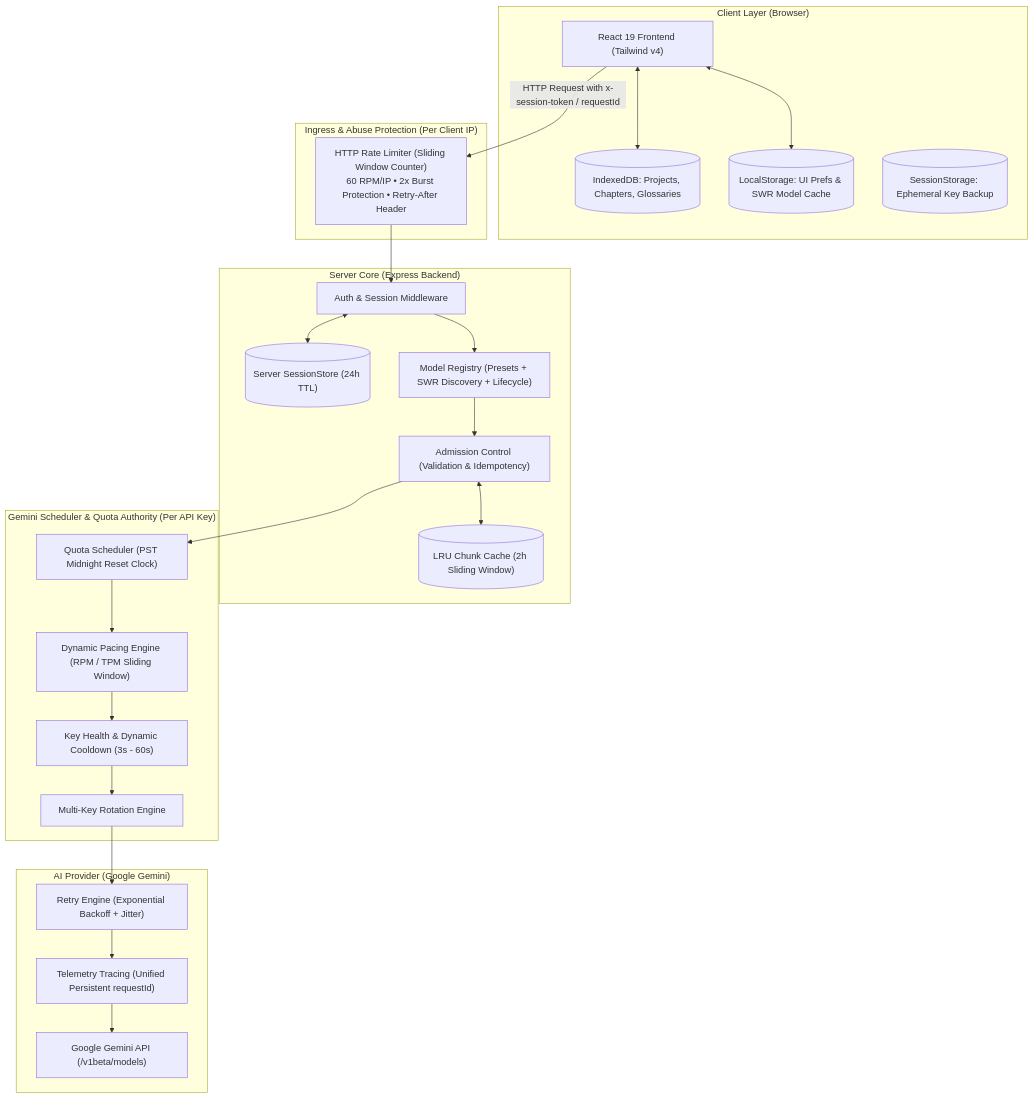
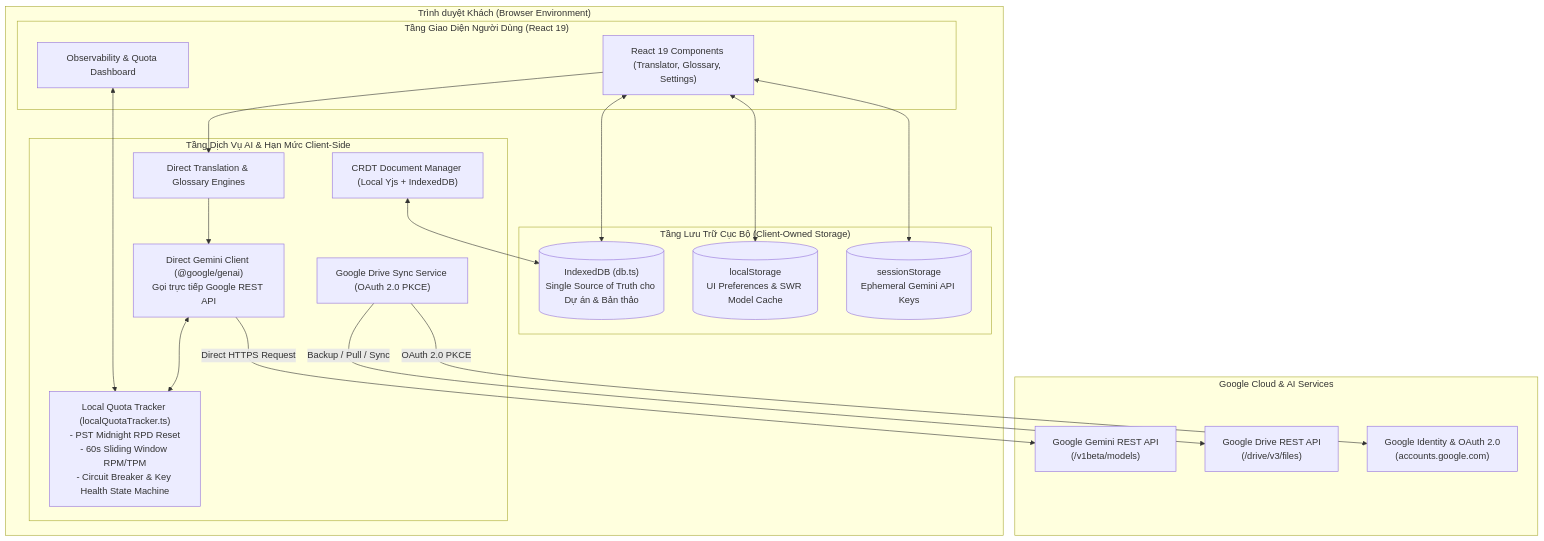
The diagram in docs/architecture.md (caoduongle/API_dich_truyen), drawn with Mermaid before and after one commit. The commit also changed other lines of this file and 35 other files, not shown here.

Commit message:
feat: implement zero-backend architecture with CRDT service, model discovery, quota tracking, and enhanced security headers

````diff
--- a/docs/architecture.md
+++ b/docs/architecture.md
@@ -15,50 +15,41 @@
 ```mermaid
 flowchart TD
-    subgraph ClientLayer ["Client Layer (Browser)"]
-        UI["React 19 Frontend (Tailwind v4)"]
-        IDB[("IndexedDB: Projects, Chapters, Glossaries")]
-        LocalCache[("LocalStorage: UI Prefs & SWR Model Cache")]
-        SessionClient[("SessionStorage: Ephemeral Key Backup")]
+    subgraph BrowserEnvironment ["Trình duyệt Khách (Browser Environment)"]
+        subgraph UI_Layer ["Tầng Giao Diện Người Dùng (React 19)"]
+            AppUI["React 19 Components (Translator, Glossary, Settings)"]
+            ObservabilityUI["Observability & Quota Dashboard"]
+        end
+
+        subgraph Storage_Layer ["Tầng Lưu Trữ Cục Bộ (Client-Owned Storage)"]
+            IDB[("IndexedDB (db.ts)\nSingle Source of Truth cho Dự án & Bản thảo")]
+            LocalPrefs[("localStorage\nUI Preferences & SWR Model Cache")]
+            SessionKeys[("sessionStorage\nEphemeral Gemini API Keys")]
+        end
+
+        subgraph Client_Services ["Tầng Dịch Vụ AI & Hạn Mức Client-Side"]
+            DirectGeminiClient["Direct Gemini Client (@google/genai)\nGọi trực tiếp Google REST API"]
+            LocalQuotaTracker["Local Quota Tracker (localQuotaTracker.ts)\n- PST Midnight RPD Reset\n- 60s Sliding Window RPM/TPM\n- Circuit Breaker & Key Health State Machine"]
+            TranslationEngines["Direct Translation & Glossary Engines"]
+            DriveSync["Google Drive Sync Service (OAuth 2.0 PKCE)"]
+            CRDT["CRDT Document Manager (Local Yjs + IndexedDB)"]
+        end
     end
 
-    subgraph NetworkBoundary ["Ingress & Abuse Protection (Per Client IP)"]
-        HTTP_RL["HTTP Rate Limiter (Sliding Window Counter)\n60 RPM/IP • 2x Burst Protection • Retry-After Header"]
+    subgraph Google_Cloud ["Google Cloud & AI Services"]
+        GeminiAPI["Google Gemini REST API\n(/v1beta/models)"]
+        GoogleDriveAPI["Google Drive REST API\n(/drive/v3/files)"]
+        GoogleOAuth["Google Identity & OAuth 2.0\n(accounts.google.com)"]
     end
 
-    subgraph ServerCore ["Server Core (Express Backend)"]
-        AuthMiddleware["Auth & Session Middleware"]
-        SessionStore[("Server SessionStore (24h TTL)")]
-        ModelRegistry["Model Registry (Presets + SWR Discovery + Lifecycle)"]
-        Admission["Admission Control (Validation & Idempotency)"]
-        ChunkCache[("LRU Chunk Cache (2h Sliding Window)")]
-    end
-
-    subgraph SchedulerLayer ["Gemini Scheduler & Quota Authority (Per API Key)"]
-        QuotaScheduler["Quota Scheduler (PST Midnight Reset Clock)"]
-        RatePacer["Dynamic Pacing Engine (RPM / TPM Sliding Window)"]
-        KeyHealth["Key Health & Dynamic Cooldown (3s - 60s)"]
-        KeyRotation["Multi-Key Rotation Engine"]
-    end
-
-    subgraph ProviderLayer ["AI Provider (Google Gemini)"]
-        RetryEngine["Retry Engine (Exponential Backoff + Jitter)"]
-        Telemetry["Telemetry Tracing (Unified Persistent requestId)"]
-        GeminiAPI["Google Gemini API (/v1beta/models)"]
-    end
-
-    UI <--> IDB
-    UI <--> LocalCache
-    UI -->|HTTP Request with x-session-token / requestId| HTTP_RL
-    HTTP_RL --> AuthMiddleware
-    AuthMiddleware <--> SessionStore
-    AuthMiddleware --> ModelRegistry
-    ModelRegistry --> Admission
-    Admission <--> ChunkCache
-    Admission --> QuotaScheduler
-    QuotaScheduler --> RatePacer
-    RatePacer --> KeyHealth
-    KeyHealth --> KeyRotation
-    KeyRotation --> RetryEngine
-    RetryEngine --> Telemetry
-    Telemetry --> GeminiAPI
+    AppUI <--> IDB
+    AppUI <--> LocalPrefs
+    AppUI <--> SessionKeys
+    ObservabilityUI <--> LocalQuotaTracker
+    AppUI --> TranslationEngines
+    TranslationEngines --> DirectGeminiClient
+    DirectGeminiClient <--> LocalQuotaTracker
+    DirectGeminiClient -->|Direct HTTPS Request| GeminiAPI
+    DriveSync -->|OAuth 2.0 PKCE| GoogleOAuth
+    DriveSync -->|Backup / Pull / Sync| GoogleDriveAPI
+    CRDT <--> IDB
 ```
````
